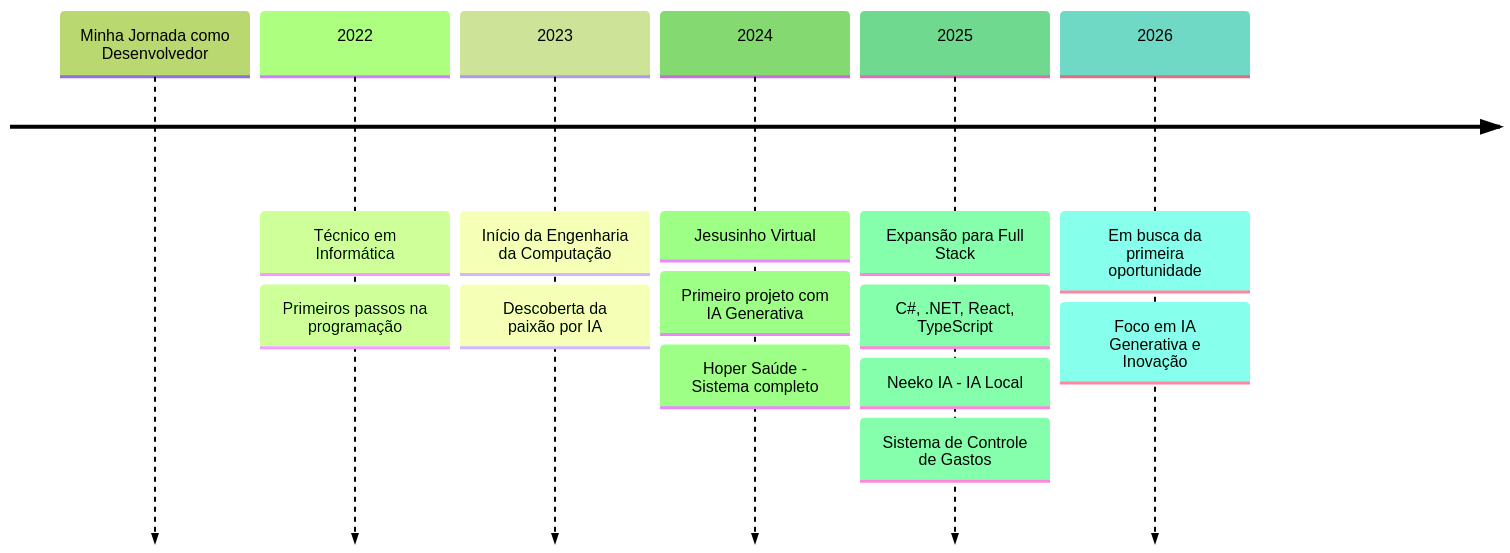
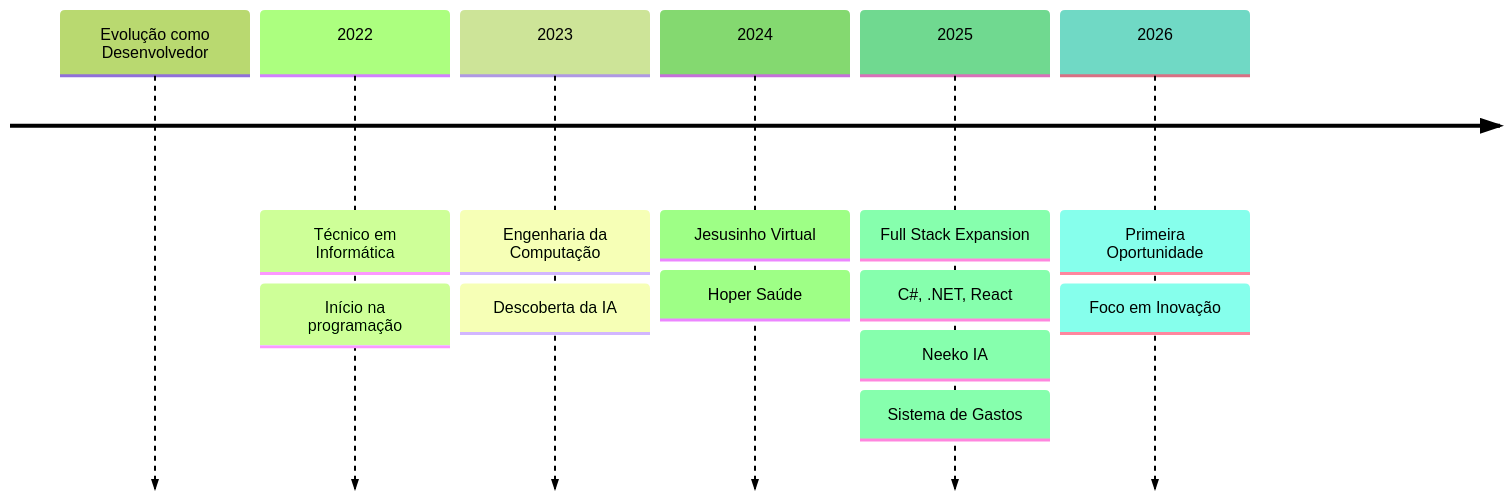
The diagram in README.md (FeeBraga/FeeBraga), drawn with Mermaid (forest theme) before and after one commit. The commit also changed other lines of this file, not shown here.

````diff
--- a/README.md
+++ b/README.md
@@ -259,17 +276,16 @@
 ```mermaid
 timeline
-    Minha Jornada como Desenvolvedor
+    Evolução como Desenvolvedor
     2022 : Técnico em Informática
-         : Primeiros passos na programação
-    2023 : Início da Engenharia da Computação
-         : Descoberta da paixão por IA
+         : Início na programação
+    2023 : Engenharia da Computação
+         : Descoberta da IA
     2024 : Jesusinho Virtual
-         : Primeiro projeto com IA Generativa
-         : Hoper Saúde - Sistema completo
-    2025 : Expansão para Full Stack
-         : C#, .NET, React, TypeScript
-         : Neeko IA - IA Local
-         : Sistema de Controle de Gastos
-    2026 : Em busca da primeira oportunidade
-         : Foco em IA Generativa e Inovação
+         : Hoper Saúde
+    2025 : Full Stack Expansion
+         : C#, .NET, React
+         : Neeko IA
+         : Sistema de Gastos
+    2026 : Primeira Oportunidade
+         : Foco em Inovação
 ```
````
